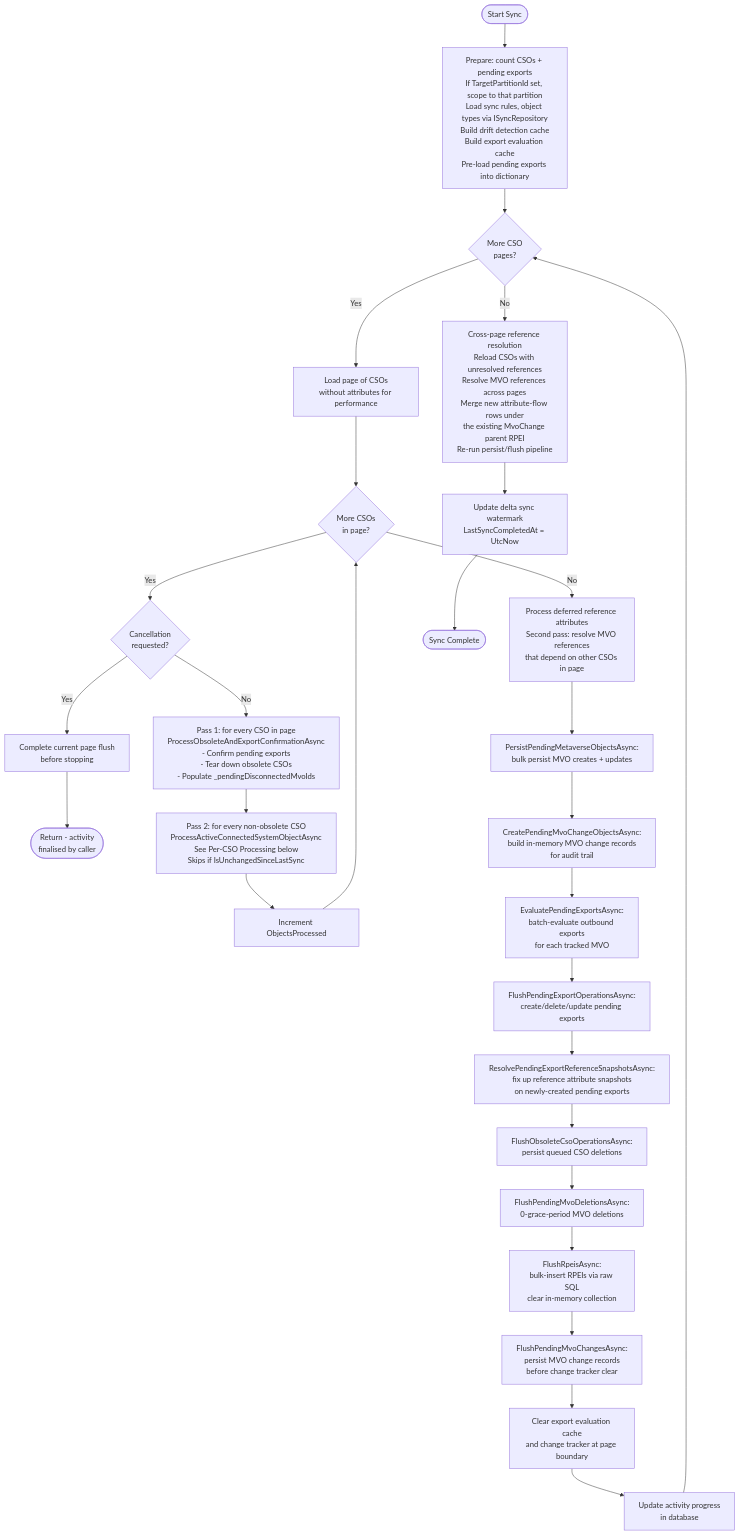
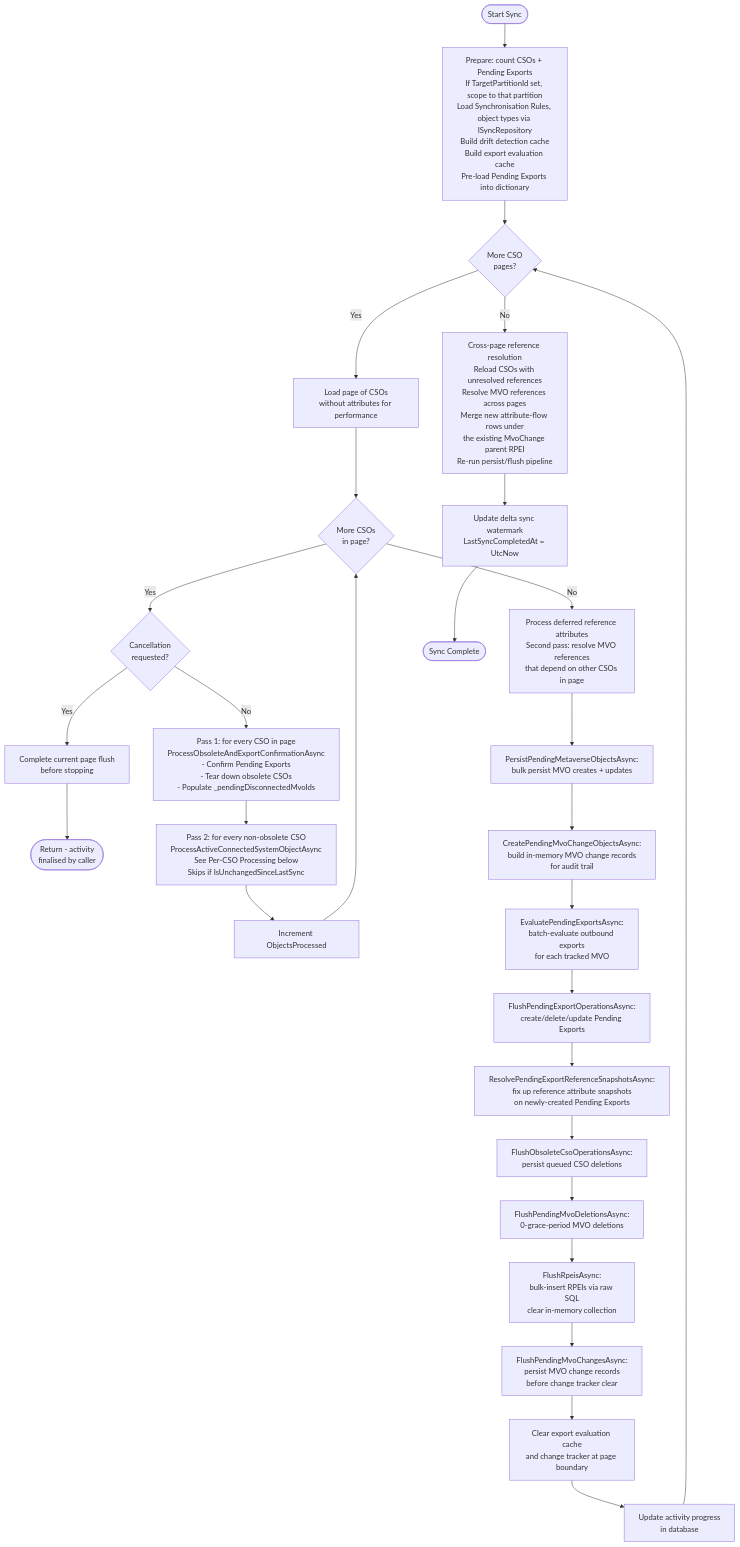
The first of 2 diagrams in docs/developer/diagrams/FULL_SYNC_CSO_PROCESSING.md (TetronIO/JIM), drawn with Mermaid before and after one commit. The commit also changed other lines of this file and 389 other files, not shown here.

First line of the commit message:
Tabbed Synchronisation Rule editor, Schema sub-tabs, and UI text polish (#853)

````diff
--- a/docs/developer/diagrams/FULL_SYNC_CSO_PROCESSING.md
+++ b/docs/developer/diagrams/FULL_SYNC_CSO_PROCESSING.md
@@ -18,34 +18,34 @@
 ```mermaid
 flowchart TD
-    Start([Start Sync]) --> Prepare[Prepare: count CSOs + pending exports<br/>If TargetPartitionId set, scope to that partition<br/>Load sync rules, object types via ISyncRepository<br/>Build drift detection cache<br/>Build export evaluation cache<br/>Pre-load pending exports into dictionary]
+    Start([Start Sync]) --> Prepare[Prepare: count CSOs + Pending Exports<br/>If TargetPartitionId set, scope to that partition<br/>Load Synchronisation Rules, object types via ISyncRepository<br/>Build drift detection cache<br/>Build export evaluation cache<br/>Pre-load Pending Exports into dictionary]
     Prepare --> PageLoop{More CSO<br/>pages?}
 
     PageLoop -->|Yes| LoadPage[Load page of CSOs<br/>without attributes for performance]
     LoadPage --> CsoLoop{More CSOs<br/>in page?}
 
     CsoLoop -->|Yes| CheckCancel{Cancellation<br/>requested?}
     CheckCancel -->|Yes| FlushBeforeCancel[Complete current page flush<br/>before stopping]
     FlushBeforeCancel --> Return([Return - activity<br/>finalised by caller])
-    CheckCancel -->|No| Pass1[Pass 1: for every CSO in page<br/>ProcessObsoleteAndExportConfirmationAsync<br/>- Confirm pending exports<br/>- Tear down obsolete CSOs<br/>- Populate _pendingDisconnectedMvoIds]
+    CheckCancel -->|No| Pass1[Pass 1: for every CSO in page<br/>ProcessObsoleteAndExportConfirmationAsync<br/>- Confirm Pending Exports<br/>- Tear down obsolete CSOs<br/>- Populate _pendingDisconnectedMvoIds]
     Pass1 --> Pass2[Pass 2: for every non-obsolete CSO<br/>ProcessActiveConnectedSystemObjectAsync<br/>See Per-CSO Processing below<br/>Skips if IsUnchangedSinceLastSync]
     Pass2 --> IncrProgress[Increment ObjectsProcessed]
     IncrProgress --> CsoLoop
 
     CsoLoop -->|No| DeferredRef[Process deferred reference attributes<br/>Second pass: resolve MVO references<br/>that depend on other CSOs in page]
     DeferredRef --> PersistMvo[PersistPendingMetaverseObjectsAsync:<br/>bulk persist MVO creates + updates]
     PersistMvo --> CreateMvoChanges[CreatePendingMvoChangeObjectsAsync:<br/>build in-memory MVO change records<br/>for audit trail]
     CreateMvoChanges --> EvalExports[EvaluatePendingExportsAsync:<br/>batch-evaluate outbound exports<br/>for each tracked MVO]
-    EvalExports --> FlushPE[FlushPendingExportOperationsAsync:<br/>create/delete/update pending exports]
-    FlushPE --> ResolveSnapshots[ResolvePendingExportReferenceSnapshotsAsync:<br/>fix up reference attribute snapshots<br/>on newly-created pending exports]
+    EvalExports --> FlushPE[FlushPendingExportOperationsAsync:<br/>create/delete/update Pending Exports]
+    FlushPE --> ResolveSnapshots[ResolvePendingExportReferenceSnapshotsAsync:<br/>fix up reference attribute snapshots<br/>on newly-created Pending Exports]
     ResolveSnapshots --> FlushCSO[FlushObsoleteCsoOperationsAsync:<br/>persist queued CSO deletions]
     FlushCSO --> FlushMVO[FlushPendingMvoDeletionsAsync:<br/>0-grace-period MVO deletions]
     FlushMVO --> FlushRpeis[FlushRpeisAsync:<br/>bulk-insert RPEIs via raw SQL<br/>clear in-memory collection]
     FlushRpeis --> FlushMvoChanges[FlushPendingMvoChangesAsync:<br/>persist MVO change records<br/>before change tracker clear]
     FlushMvoChanges --> ClearCache[Clear export evaluation cache<br/>and change tracker at page boundary]
     ClearCache --> UpdateProgress[Update activity progress<br/>in database]
     UpdateProgress --> PageLoop
 
     PageLoop -->|No| CrossPage[Cross-page reference resolution<br/>Reload CSOs with unresolved references<br/>Resolve MVO references across pages<br/>Merge new attribute-flow rows under<br/>the existing MvoChange parent RPEI<br/>Re-run persist/flush pipeline]
     CrossPage --> Watermark[Update delta sync watermark<br/>LastSyncCompletedAt = UtcNow]
     Watermark --> End([Sync Complete])
 ```
````
